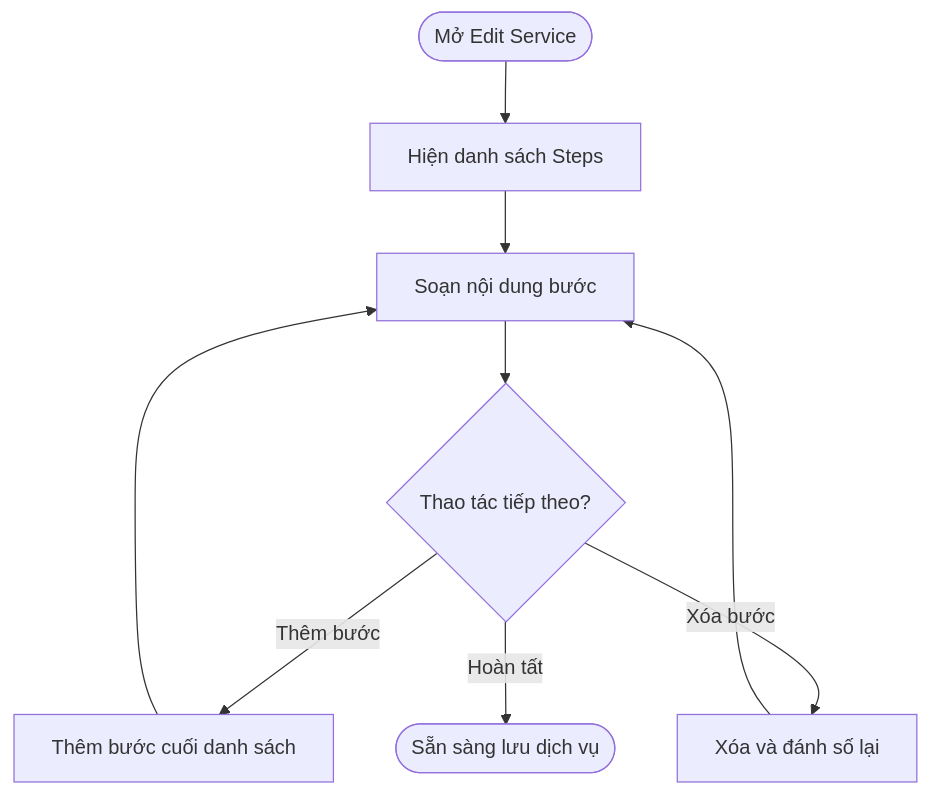
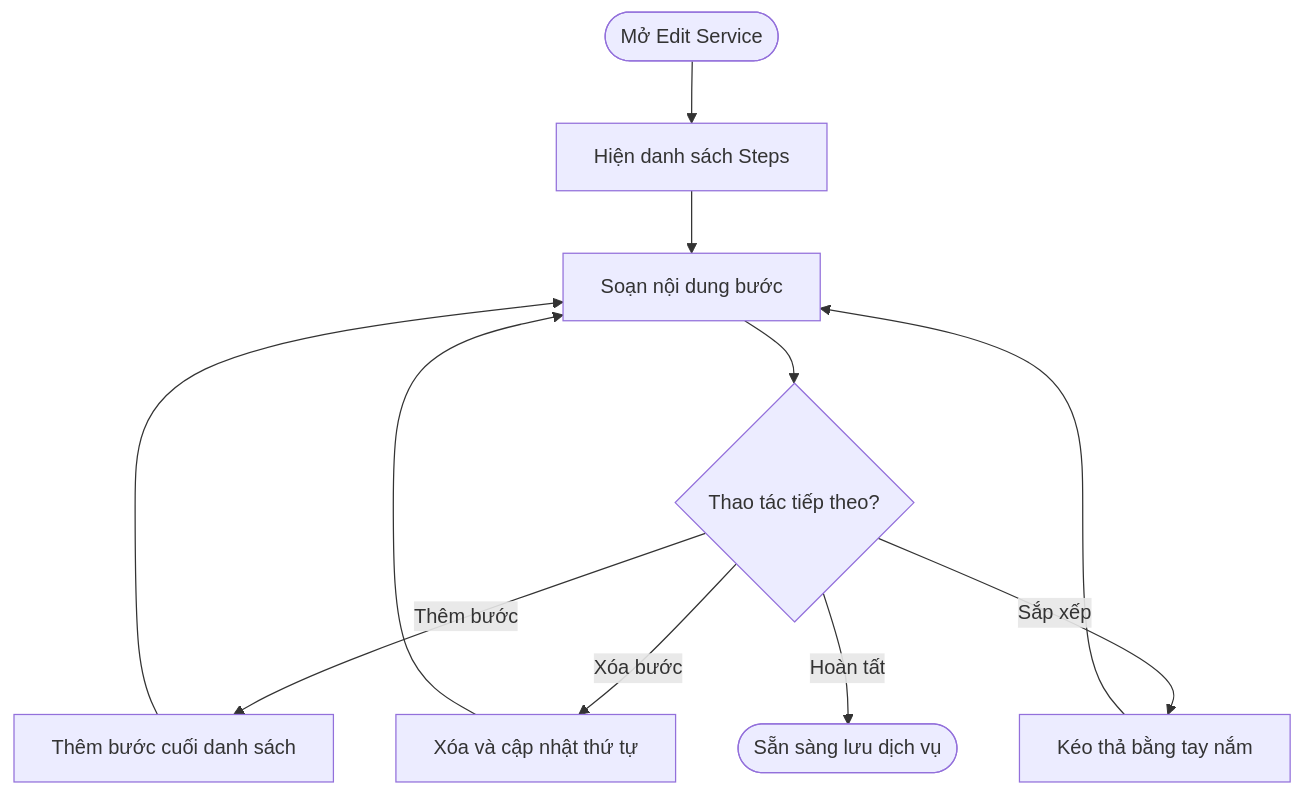
The first of 4 diagrams in docs/business/service-steps-materials.md (maivtn/taxiq), drawn with Mermaid before and after one commit. The commit also changed other lines of this file and 4 other files, not shown here.

````diff
--- a/docs/business/service-steps-materials.md
+++ b/docs/business/service-steps-materials.md
@@ -75,11 +77,13 @@
 ```mermaid
 flowchart TD
     A([Mở Edit Service]) --> B[Hiện danh sách Steps]
     B --> C[Soạn nội dung bước]
     C --> D{Thao tác tiếp theo?}
     D -- Thêm bước --> E[Thêm bước cuối danh sách]
     E --> C
-    D -- Xóa bước --> F[Xóa và đánh số lại]
+    D -- Xóa bước --> F[Xóa và cập nhật thứ tự]
     F --> C
+    D -- Sắp xếp --> H[Kéo thả bằng tay nắm]
+    H --> C
     D -- Hoàn tất --> G([Sẵn sàng lưu dịch vụ])
 ```
````
